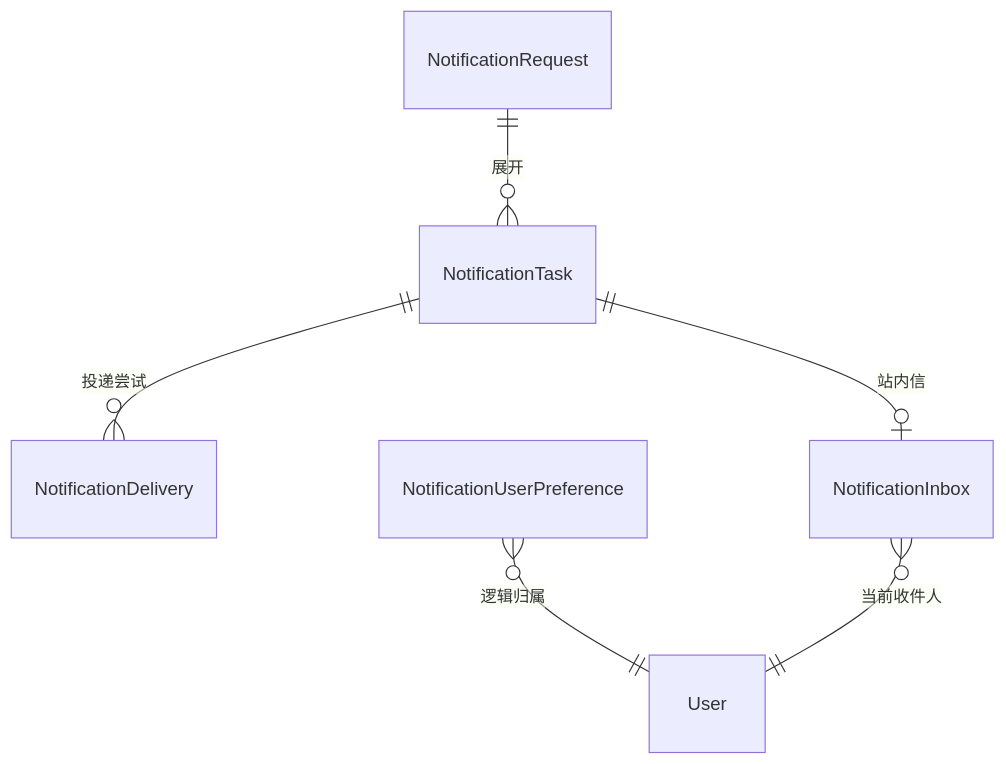
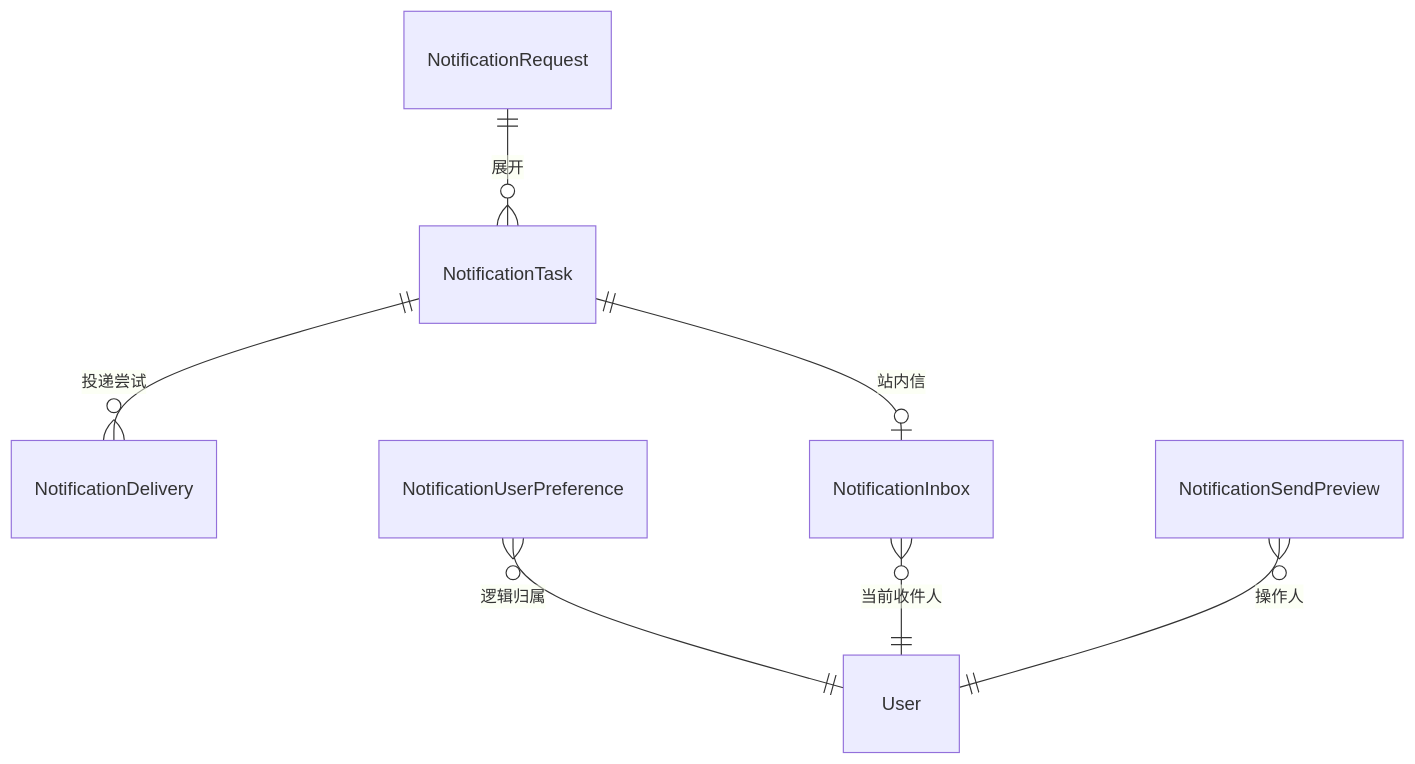
One commit to yangxj96/spectra-docs changed the third of 6 diagrams in docs/30-数据模型/10-ER图.md. Above: the diagram before and after it, drawn with Mermaid. The commit also changed other lines of this file and 9 other files, not shown here.

````diff
--- a/docs/30-数据模型/10-ER图.md
+++ b/docs/30-数据模型/10-ER图.md
@@ -48,8 +48,9 @@
 ```mermaid
 erDiagram
     NotificationRequest ||--o{ NotificationTask : "展开"
     NotificationTask ||--o{ NotificationDelivery : "投递尝试"
     NotificationTask ||--o| NotificationInbox : "站内信"
     NotificationUserPreference }o--|| User : "逻辑归属"
     NotificationInbox }o--|| User : "当前收件人"
+    NotificationSendPreview }o--|| User : "操作人"
 ```
````
